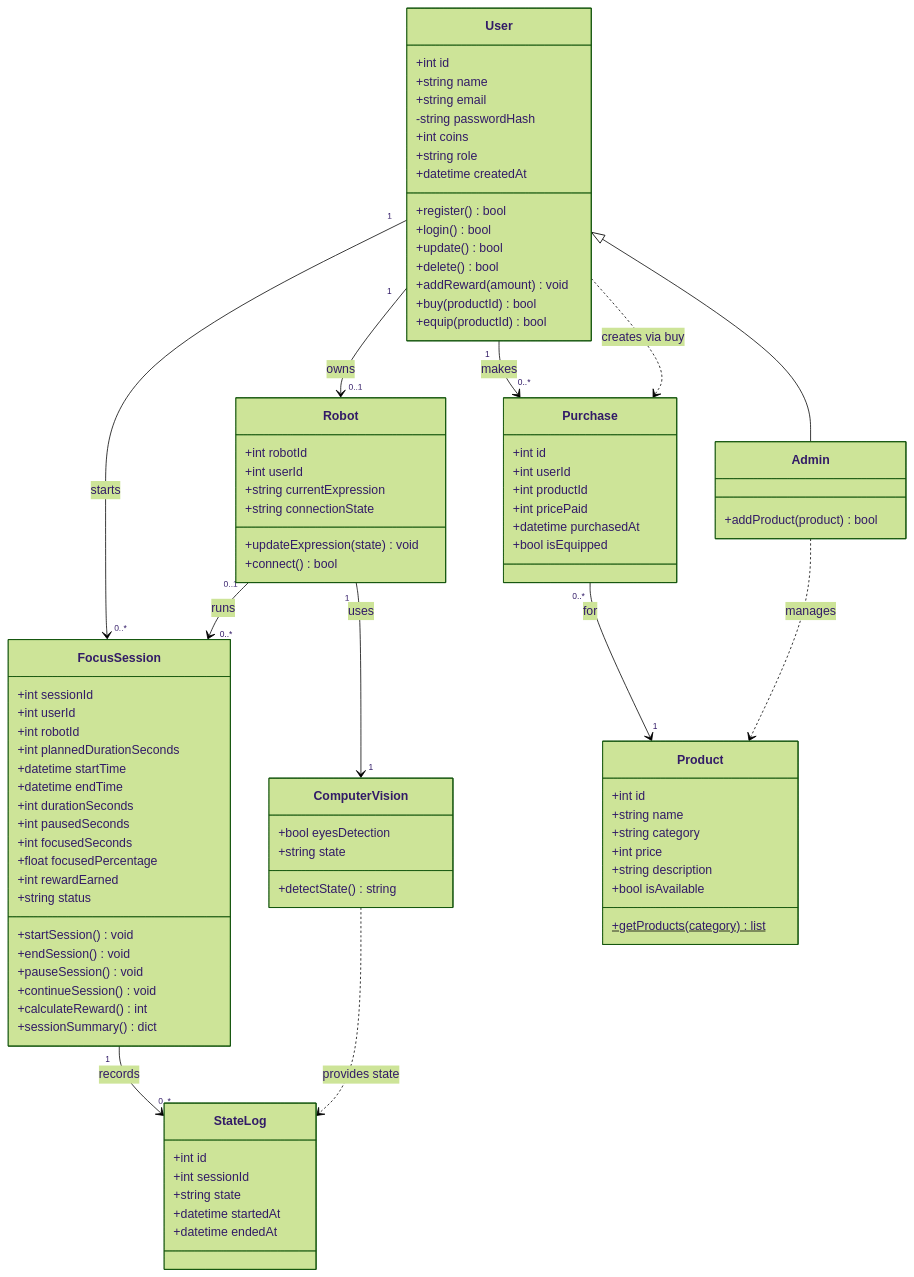
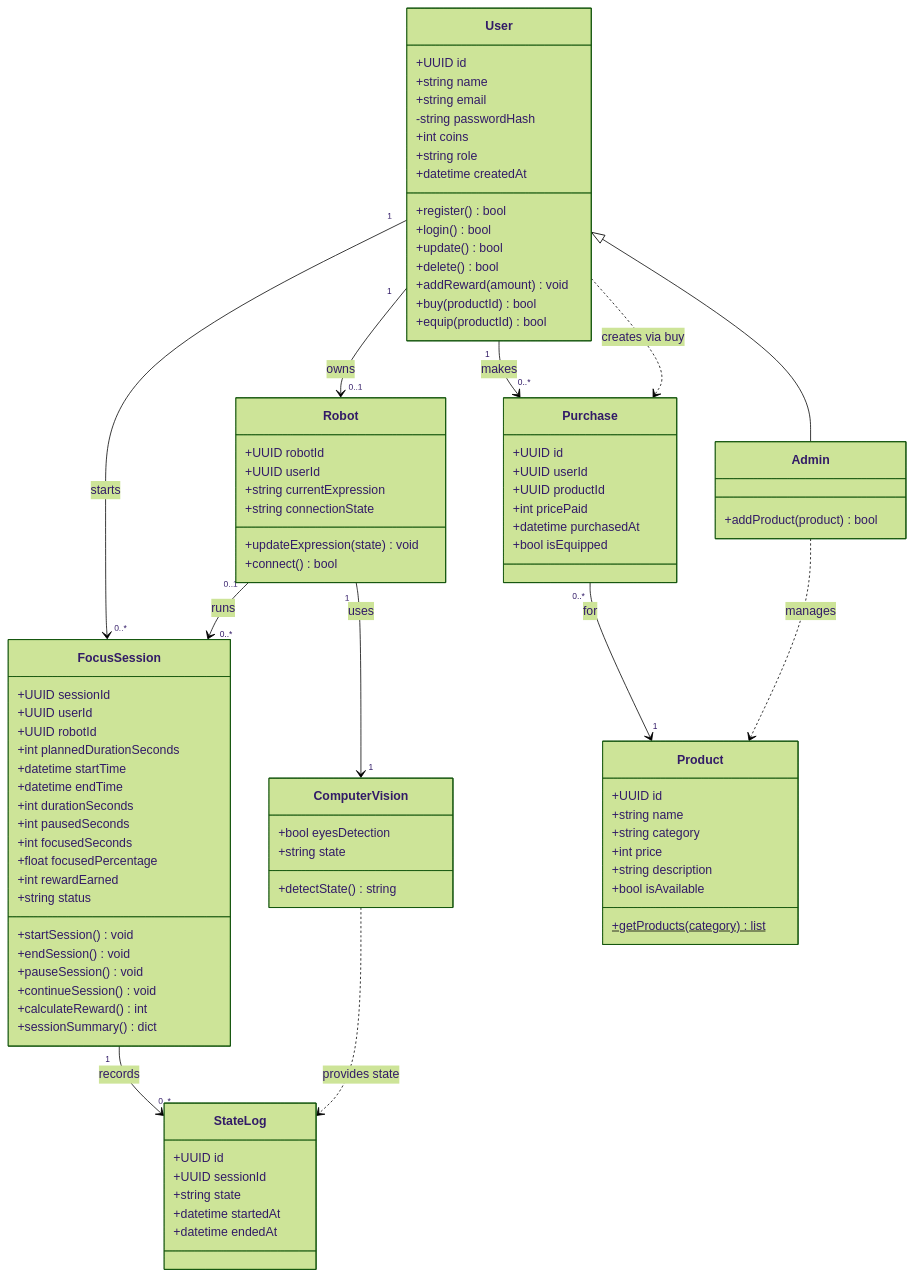
The second of 6 diagrams in Technical Documentation (Stage 3)/README.md (ghaid999/Kaboom), drawn with Mermaid (forest theme) before and after one commit. The commit also changed other lines of this file, not shown here.

Commit message:
changed ID data type to UUID in all classes

````diff
--- a/Technical Documentation (Stage 3)/README.md
+++ b/Technical Documentation (Stage 3)/README.md
@@ -130,7 +130,7 @@
 ```mermaid
 classDiagram
     class User {
-        +int id
+        +UUID id
         +string name
         +string email
         -string passwordHash
@@ -151,9 +151,9 @@
     }
  
     class FocusSession {
-        +int sessionId
-        +int userId
-        +int robotId
+        +UUID sessionId
+        +UUID userId
+        +UUID robotId
         +int plannedDurationSeconds
         +datetime startTime
         +datetime endTime
@@ -172,16 +172,16 @@
     }
  
     class StateLog {
-        +int id
-        +int sessionId
+        +UUID id
+        +UUID sessionId
         +string state
         +datetime startedAt
         +datetime endedAt
     }
  
     class Robot {
-        +int robotId
-        +int userId
+        +UUID robotId
+        +UUID userId
         +string currentExpression
         +string connectionState
         +updateExpression(state) void
@@ -195,7 +195,7 @@
     }
  
     class Product {
-        +int id
+        +UUID id
         +string name
         +string category
         +int price
@@ -205,9 +205,9 @@
     }
  
     class Purchase {
-        +int id
-        +int userId
-        +int productId
+        +UUID id
+        +UUID userId
+        +UUID productId
         +int pricePaid
         +datetime purchasedAt
         +bool isEquipped
````
